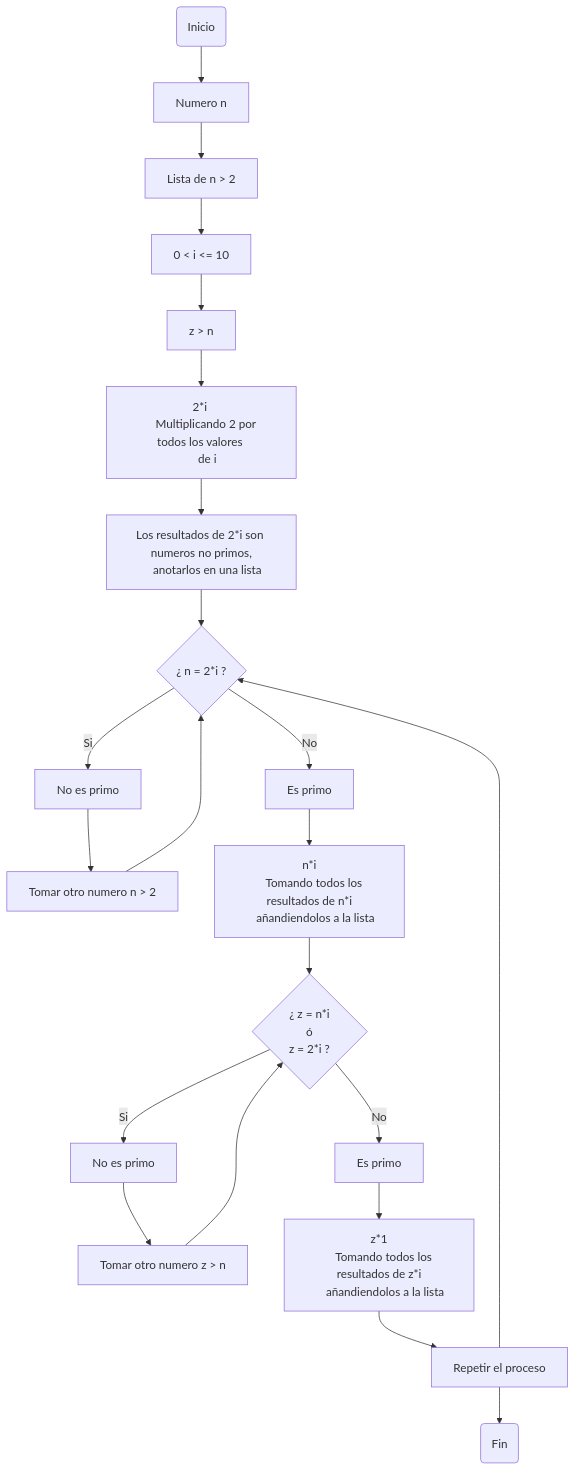
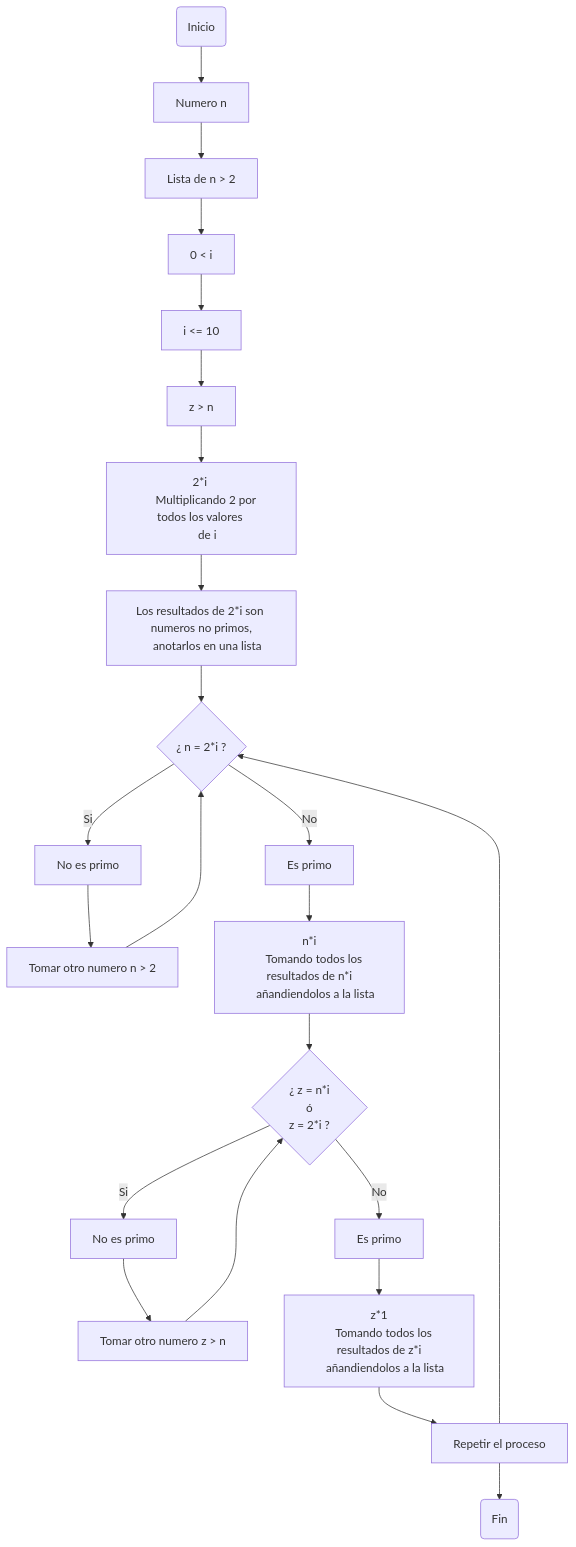
One commit to Danbaroj/Reto-3 changed the diagram in README.md. Above: the diagram before and after it, drawn with Mermaid.

````diff
--- a/README.md
+++ b/README.md
@@ -9,34 +9,35 @@
 ```mermaid
 
 flowchart TD;
     A(Inicio) -->B[Numero n]
     B -->F[Lista de n > 2]
-    F -->J[ 0 < i <= 10 ]
+    F -->Q[ 0 < i]
+    Q -->J[ i <= 10 ]
     J -->K[z > n]
     K -->C[2*i 
     Multiplicando 2 por todos los valores 
     de i]
     C -->L[Los resultados de 2*i son numeros no primos,
     anotarlos en una lista] 
     L -->D{¿ n = 2*i ?}
     D -->|Si|G[No es primo]
     G -->Ñ[Tomar otro numero n > 2 ]
     Ñ -->D
     D -->|No|H[Es primo ]
     H -->P[n*i
     Tomando todos los resultados de n*i
     añandiendolos a la lista]
     P -->O{¿ z = n*i
     ó
     z = 2*i ?}
     O -->|Si|U[No es primo]
     O -->|No|I[Es primo ]
     U -->Y[Tomar otro numero z > n ]
     Y -->O
     I -->T[z*1
     Tomando todos los resultados de z*i
     añandiendolos a la lista]
     T -->R[Repetir el proceso]
     R -->D
     R -->E(Fin)
 ```
````
